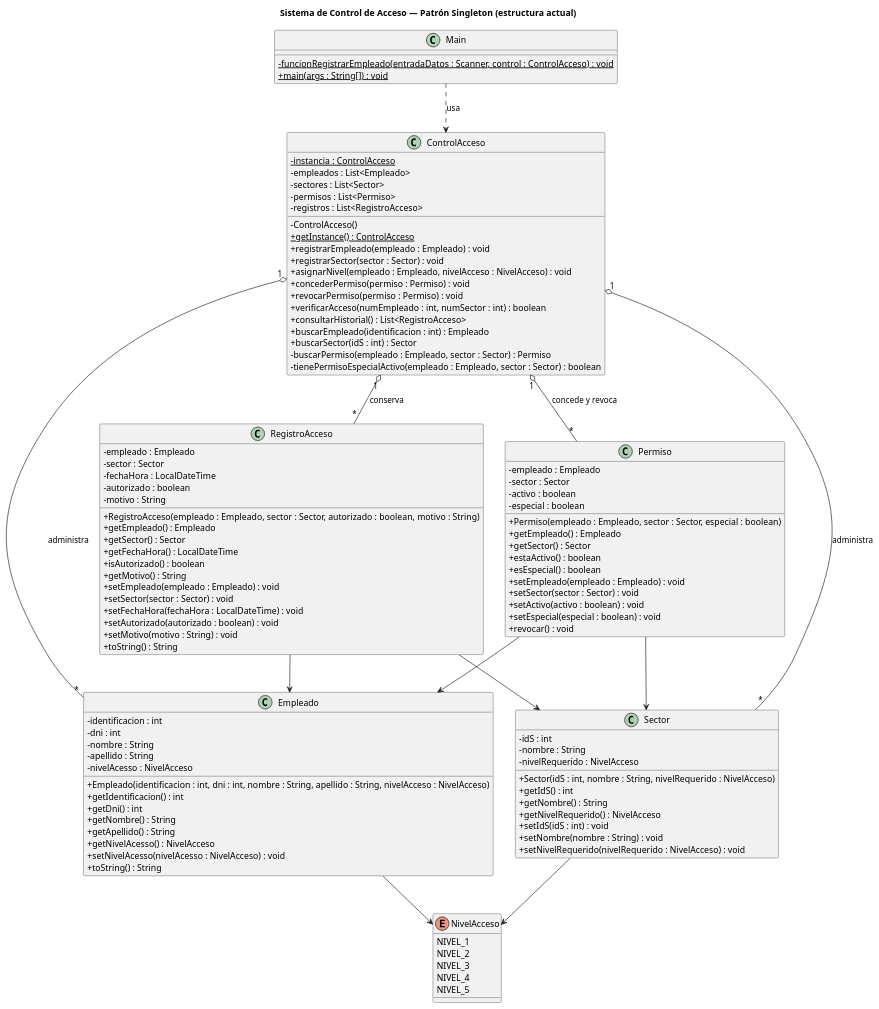
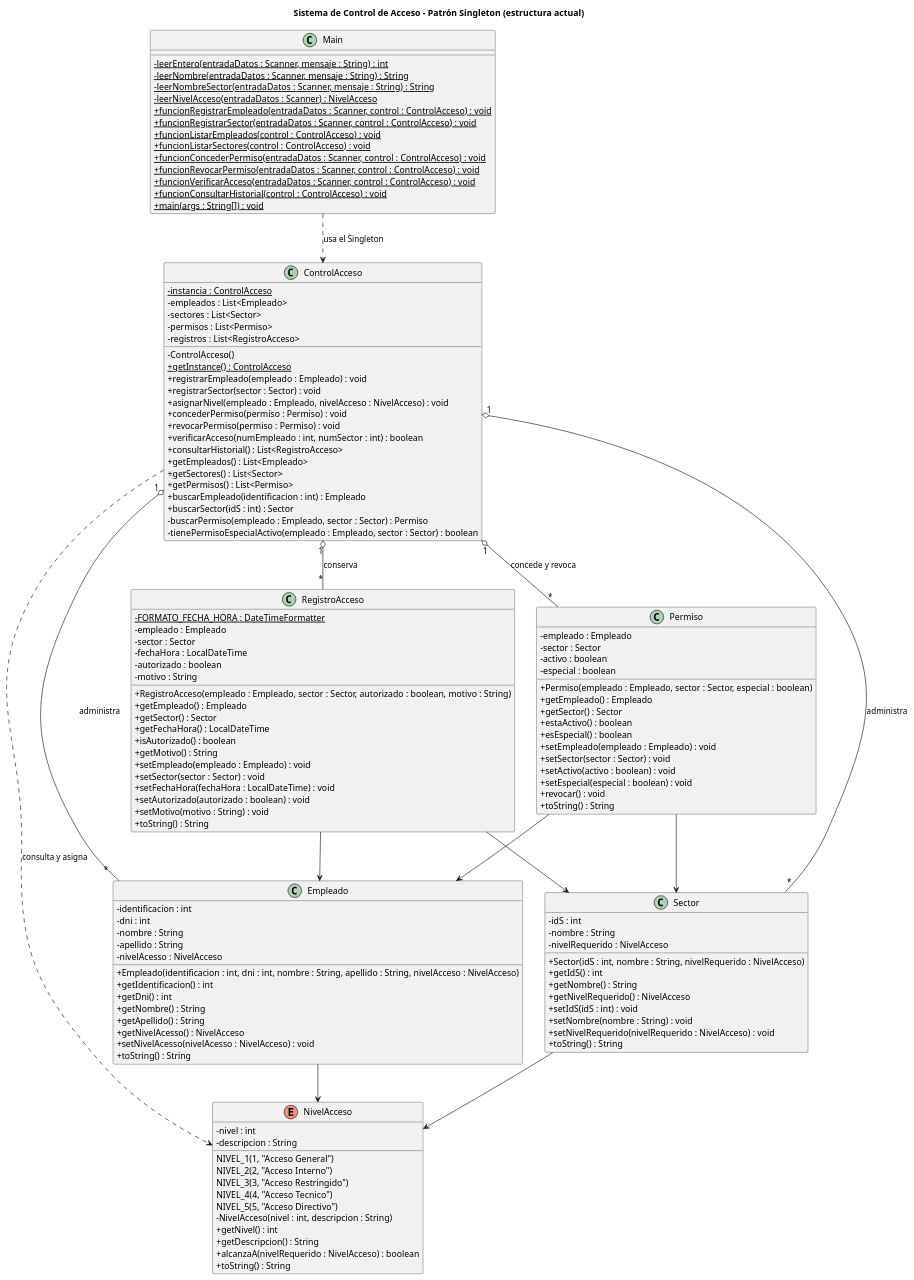
The diagram in docs/assets/uml-clases.puml (PatronSingleton-DisenoSoftware/Patron-Singleton-Software-EGI), drawn with PlantUML before and after one commit. The commit also changed 2 other files, not shown here.

Commit message:
Valida los tipos de datos ingresados por consola

```diff
--- a/docs/assets/uml-clases.puml
+++ b/docs/assets/uml-clases.puml
@@ -1,123 +1,147 @@
 @startuml uml-clases
-' Diagrama de clases de la Sección II, alineado al código de src/ en main.
-' Renderizar en https://www.plantuml.com/plantuml/uml/ o con el plugin
-' "PlantUML integration" de IntelliJ, y exportar a PNG para el PDF de entrega.
+' Diagrama de clases de la Sección II, alineado al código de src/.
+' Renderizar con PlantUML y exportar como uml-clases.png para el documento de entrega.
 
 skinparam classAttributeIconSize 0
 skinparam shadowing false
 
-title Sistema de Control de Acceso — Patrón Singleton (estructura actual)
+title Sistema de Control de Acceso - Patrón Singleton (estructura actual)
 
 class ControlAcceso {
   {static} -instancia : ControlAcceso
   -empleados : List<Empleado>
   -sectores : List<Sector>
   -permisos : List<Permiso>
   -registros : List<RegistroAcceso>
   -ControlAcceso()
   {static} +getInstance() : ControlAcceso
   +registrarEmpleado(empleado : Empleado) : void
   +registrarSector(sector : Sector) : void
   +asignarNivel(empleado : Empleado, nivelAcceso : NivelAcceso) : void
   +concederPermiso(permiso : Permiso) : void
   +revocarPermiso(permiso : Permiso) : void
   +verificarAcceso(numEmpleado : int, numSector : int) : boolean
   +consultarHistorial() : List<RegistroAcceso>
+  +getEmpleados() : List<Empleado>
+  +getSectores() : List<Sector>
+  +getPermisos() : List<Permiso>
   +buscarEmpleado(identificacion : int) : Empleado
   +buscarSector(idS : int) : Sector
   -buscarPermiso(empleado : Empleado, sector : Sector) : Permiso
   -tienePermisoEspecialActivo(empleado : Empleado, sector : Sector) : boolean
 }
 
 class Empleado {
   -identificacion : int
   -dni : int
   -nombre : String
   -apellido : String
   -nivelAcesso : NivelAcceso
   +Empleado(identificacion : int, dni : int, nombre : String, apellido : String, nivelAcceso : NivelAcceso)
   +getIdentificacion() : int
   +getDni() : int
   +getNombre() : String
   +getApellido() : String
   +getNivelAcesso() : NivelAcceso
   +setNivelAcesso(nivelAcesso : NivelAcceso) : void
   +toString() : String
 }
 
 class Sector {
   -idS : int
   -nombre : String
   -nivelRequerido : NivelAcceso
   +Sector(idS : int, nombre : String, nivelRequerido : NivelAcceso)
   +getIdS() : int
   +getNombre() : String
   +getNivelRequerido() : NivelAcceso
   +setIdS(idS : int) : void
   +setNombre(nombre : String) : void
   +setNivelRequerido(nivelRequerido : NivelAcceso) : void
+  +toString() : String
 }
 
 class Permiso {
   -empleado : Empleado
   -sector : Sector
   -activo : boolean
   -especial : boolean
   +Permiso(empleado : Empleado, sector : Sector, especial : boolean)
   +getEmpleado() : Empleado
   +getSector() : Sector
   +estaActivo() : boolean
   +esEspecial() : boolean
   +setEmpleado(empleado : Empleado) : void
   +setSector(sector : Sector) : void
   +setActivo(activo : boolean) : void
   +setEspecial(especial : boolean) : void
   +revocar() : void
+  +toString() : String
 }
 
 class RegistroAcceso {
+  {static} -FORMATO_FECHA_HORA : DateTimeFormatter
   -empleado : Empleado
   -sector : Sector
   -fechaHora : LocalDateTime
   -autorizado : boolean
   -motivo : String
   +RegistroAcceso(empleado : Empleado, sector : Sector, autorizado : boolean, motivo : String)
   +getEmpleado() : Empleado
   +getSector() : Sector
   +getFechaHora() : LocalDateTime
   +isAutorizado() : boolean
   +getMotivo() : String
   +setEmpleado(empleado : Empleado) : void
   +setSector(sector : Sector) : void
   +setFechaHora(fechaHora : LocalDateTime) : void
   +setAutorizado(autorizado : boolean) : void
   +setMotivo(motivo : String) : void
   +toString() : String
 }
 
 enum NivelAcceso {
-  NIVEL_1
-  NIVEL_2
-  NIVEL_3
-  NIVEL_4
-  NIVEL_5
+  NIVEL_1(1, "Acceso General")
+  NIVEL_2(2, "Acceso Interno")
+  NIVEL_3(3, "Acceso Restringido")
+  NIVEL_4(4, "Acceso Tecnico")
+  NIVEL_5(5, "Acceso Directivo")
+  -nivel : int
+  -descripcion : String
+  -NivelAcceso(nivel : int, descripcion : String)
+  +getNivel() : int
+  +getDescripcion() : String
+  +alcanzaA(nivelRequerido : NivelAcceso) : boolean
+  +toString() : String
 }
 
 class Main {
-  {static} -funcionRegistrarEmpleado(entradaDatos : Scanner, control : ControlAcceso) : void
+  {static} -leerEntero(entradaDatos : Scanner, mensaje : String) : int
+  {static} -leerNombre(entradaDatos : Scanner, mensaje : String) : String
+  {static} -leerNombreSector(entradaDatos : Scanner, mensaje : String) : String
+  {static} -leerNivelAcceso(entradaDatos : Scanner) : NivelAcceso
+  {static} +funcionRegistrarEmpleado(entradaDatos : Scanner, control : ControlAcceso) : void
+  {static} +funcionRegistrarSector(entradaDatos : Scanner, control : ControlAcceso) : void
+  {static} +funcionListarEmpleados(control : ControlAcceso) : void
+  {static} +funcionListarSectores(control : ControlAcceso) : void
+  {static} +funcionConcederPermiso(entradaDatos : Scanner, control : ControlAcceso) : void
+  {static} +funcionRevocarPermiso(entradaDatos : Scanner, control : ControlAcceso) : void
+  {static} +funcionVerificarAcceso(entradaDatos : Scanner, control : ControlAcceso) : void
+  {static} +funcionConsultarHistorial(control : ControlAcceso) : void
   {static} +main(args : String[]) : void
 }
 
 ControlAcceso "1" o-- "*" Empleado : administra
 ControlAcceso "1" o-- "*" Sector : administra
 ControlAcceso "1" o-- "*" Permiso : concede y revoca
 ControlAcceso "1" o-- "*" RegistroAcceso : conserva
+ControlAcceso ..> NivelAcceso : consulta y asigna
 Permiso --> Empleado
 Permiso --> Sector
 RegistroAcceso --> Empleado
 RegistroAcceso --> Sector
 Empleado --> NivelAcceso
 Sector --> NivelAcceso
-Main ..> ControlAcceso : usa
+Main ..> ControlAcceso : usa el Singleton
 
 @enduml
```
